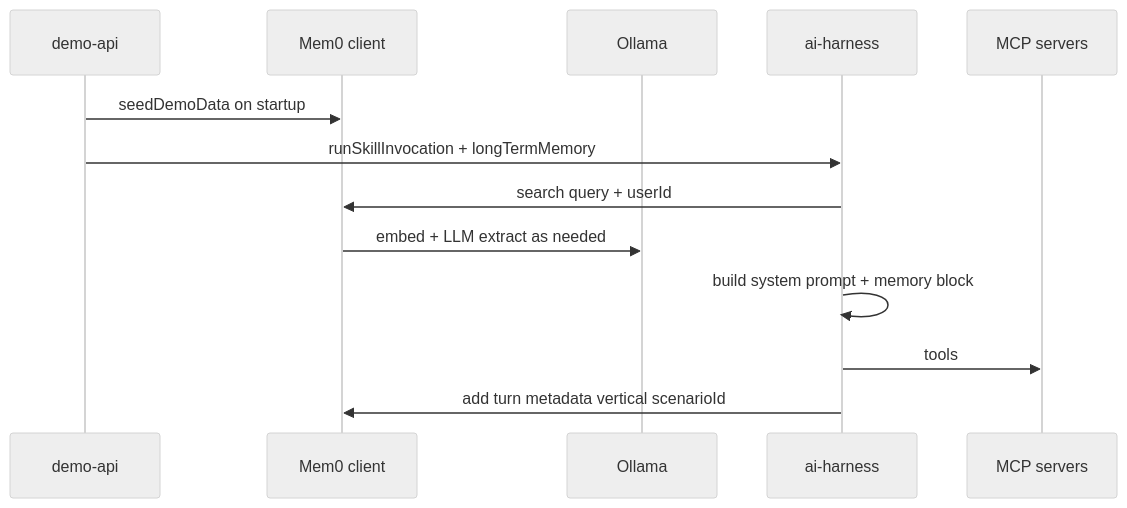
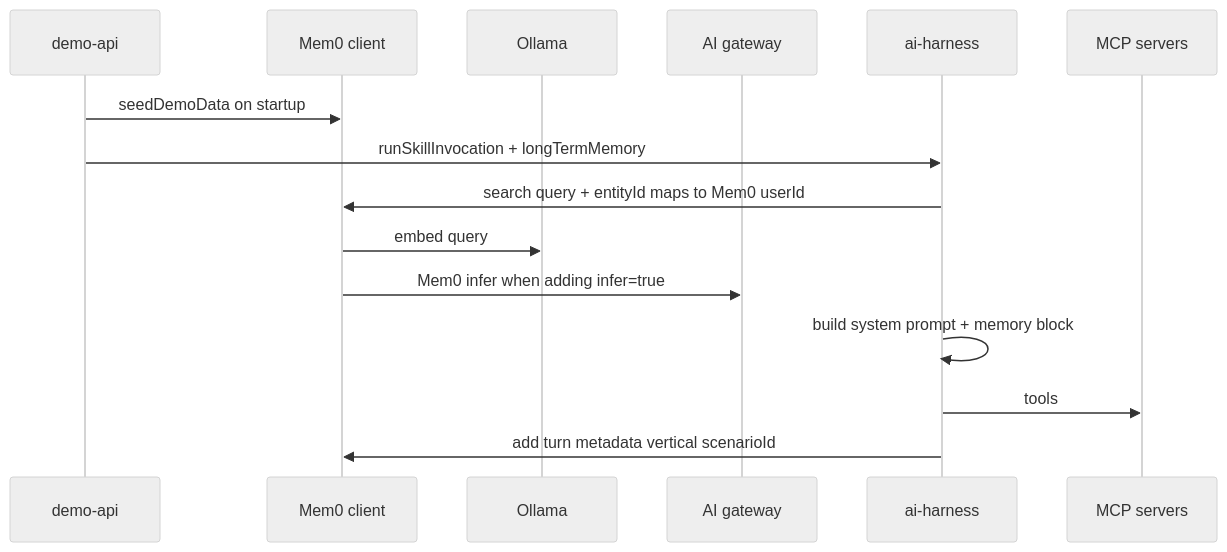
One commit to c2pig/ai-harness changed the third of 4 diagrams in packages/memory/README.md. Above: the diagram before and after it, drawn with Mermaid (neutral theme). The commit also changed other lines of this file and 50 other files, not shown here.

````diff
--- a/packages/memory/README.md
+++ b/packages/memory/README.md
@@ -85,15 +82,17 @@
 ```mermaid
 sequenceDiagram
   participant Demo as demo-api
   participant Mem as Mem0 client
   participant Oll as Ollama
+  participant Gw as AI gateway
   participant Harness as ai-harness
   participant MCP as MCP servers
   Demo->>Mem: seedDemoData on startup
   Demo->>Harness: runSkillInvocation + longTermMemory
-  Harness->>Mem: search query + userId
-  Mem->>Oll: embed + LLM extract as needed
+  Harness->>Mem: search query + entityId maps to Mem0 userId
+  Mem->>Oll: embed query
+  Mem->>Gw: Mem0 infer when adding infer=true
   Harness->>Harness: build system prompt + memory block
   Harness->>MCP: tools
   Harness->>Mem: add turn metadata vertical scenarioId
 ```
````
